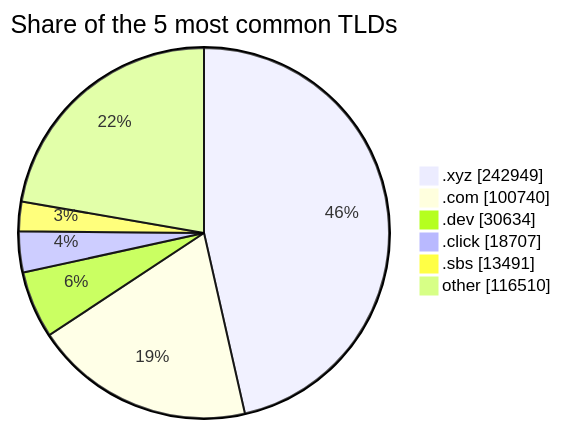
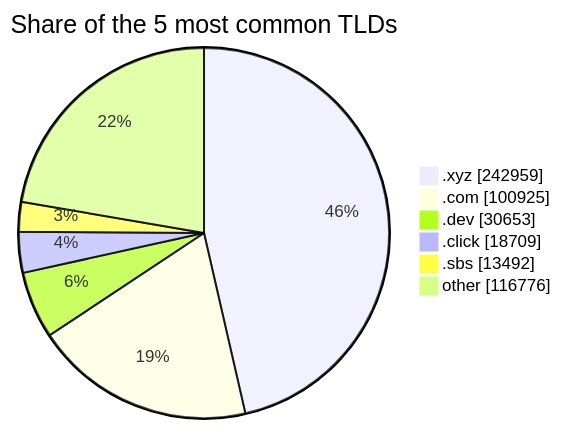
One commit to DNSBunker/CTI changed the third of 3 diagrams in README.md. Above: the diagram before and after it, drawn with Mermaid. The commit also changed other lines of this file and 3 other files, not shown here.

````diff
--- a/README.md
+++ b/README.md
@@ -81,9 +81,9 @@
 ```mermaid
 pie showData title Share of the 5 most common TLDs
-    ".xyz" : 242949
-    ".com" : 100740
-    ".dev" : 30634
-    ".click" : 18707
-    ".sbs" : 13491
-    "other" : 116510
+    ".xyz" : 242959
+    ".com" : 100925
+    ".dev" : 30653
+    ".click" : 18709
+    ".sbs" : 13492
+    "other" : 116776
 ```
````
